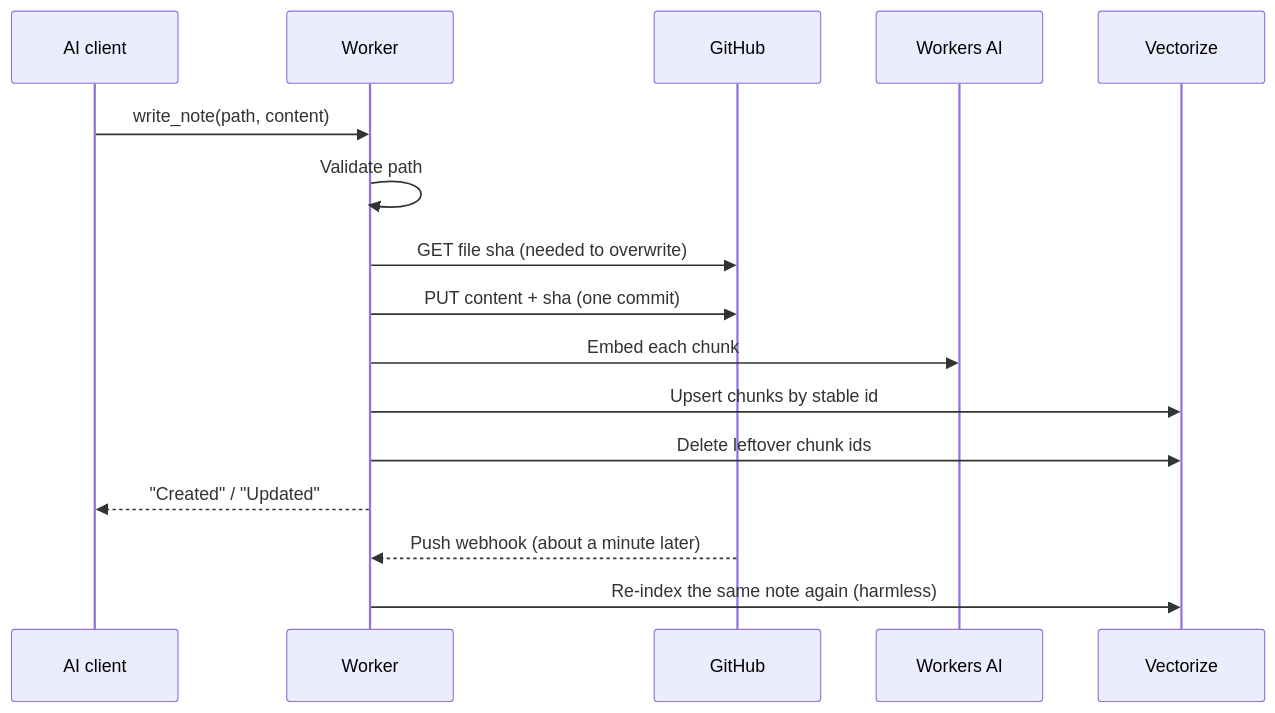
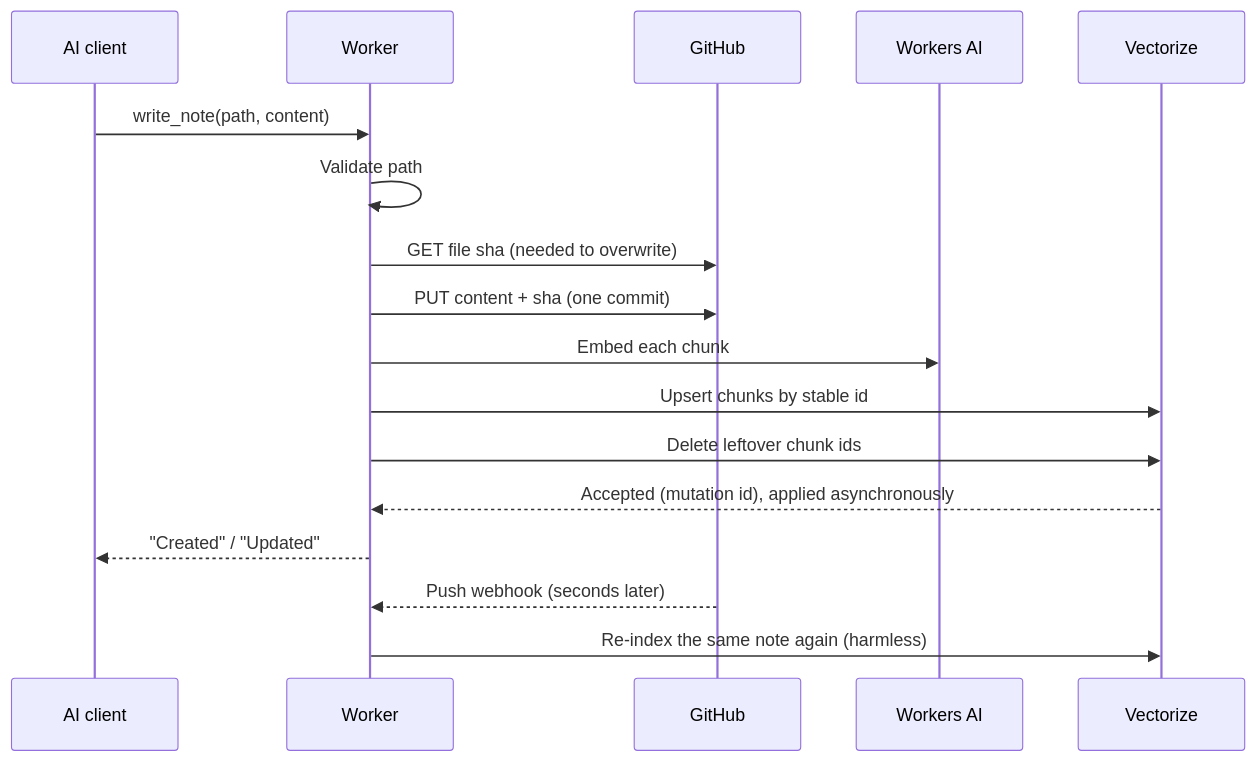
Before and after one commit to YudiG12/second-brain-mcp: the second of 2 diagrams in docs/spec/v1.md, drawn with Mermaid. The commit also changed other lines of this file and 1 other file, not shown here.

First line of the commit message:
Correct the read-your-writes claim: Vectorize applies writes asynchronously

````diff
--- a/docs/spec/v1.md
+++ b/docs/spec/v1.md
@@ -92,19 +92,20 @@
 ```mermaid
 sequenceDiagram
     participant C as AI client
     participant W as Worker
     participant G as GitHub
     participant A as Workers AI
     participant V as Vectorize
 
     C->>W: write_note(path, content)
     W->>W: Validate path
     W->>G: GET file sha (needed to overwrite)
     W->>G: PUT content + sha (one commit)
     W->>A: Embed each chunk
     W->>V: Upsert chunks by stable id
     W->>V: Delete leftover chunk ids
+    V-->>W: Accepted (mutation id), applied asynchronously
     W-->>C: "Created" / "Updated"
-    G-->>W: Push webhook (about a minute later)
+    G-->>W: Push webhook (seconds later)
     W->>V: Re-index the same note again (harmless)
 ```
````
